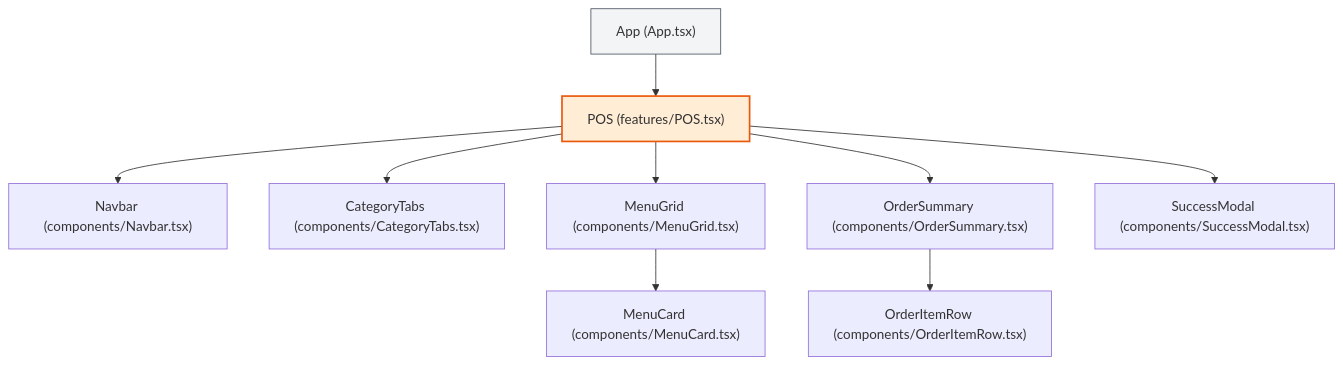
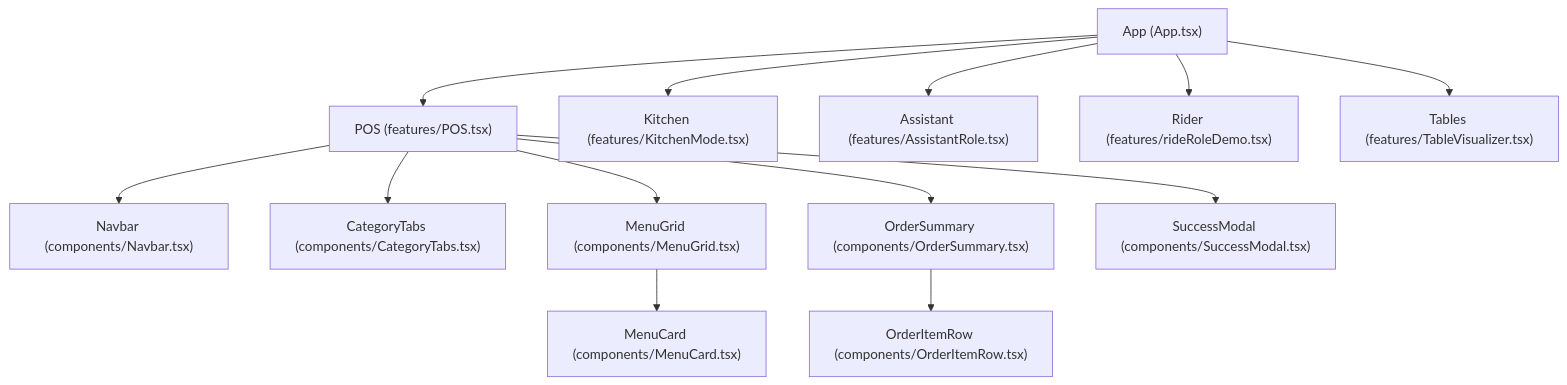
The third of 3 diagrams in ARCHITECTURE.md (RLDevOpsIntern/Seafudz-ng-Bayan), drawn with Mermaid before and after one commit. The commit also changed other lines of this file and 22 other files, not shown here.

````diff
--- a/ARCHITECTURE.md
+++ b/ARCHITECTURE.md
@@ -39,16 +85,17 @@
 ```mermaid
 graph TD
     App["App (App.tsx)"] --> POS["POS (features/POS.tsx)"]
+    App --> KDS["Kitchen (features/KitchenMode.tsx)"]
+    App --> Assistant["Assistant (features/AssistantRole.tsx)"]
+    App --> Rider["Rider (features/rideRoleDemo.tsx)"]
+    App --> Tables["Tables (features/TableVisualizer.tsx)"]
     
     POS --> Navbar["Navbar (components/Navbar.tsx)"]
     POS --> CategoryTabs["CategoryTabs (components/CategoryTabs.tsx)"]
     POS --> MenuGrid["MenuGrid (components/MenuGrid.tsx)"]
     POS --> OrderSummary["OrderSummary (components/OrderSummary.tsx)"]
     POS --> SuccessModal["SuccessModal (components/SuccessModal.tsx)"]
     
     MenuGrid --> MenuCard["MenuCard (components/MenuCard.tsx)"]
     OrderSummary --> OrderItemRow["OrderItemRow (components/OrderItemRow.tsx)"]
-    
-    style POS fill:#ffedd5,stroke:#ea580c,stroke-width:2px
-    style App fill:#f3f4f6,stroke:#4b5563,stroke-width:1px
 ```
````
